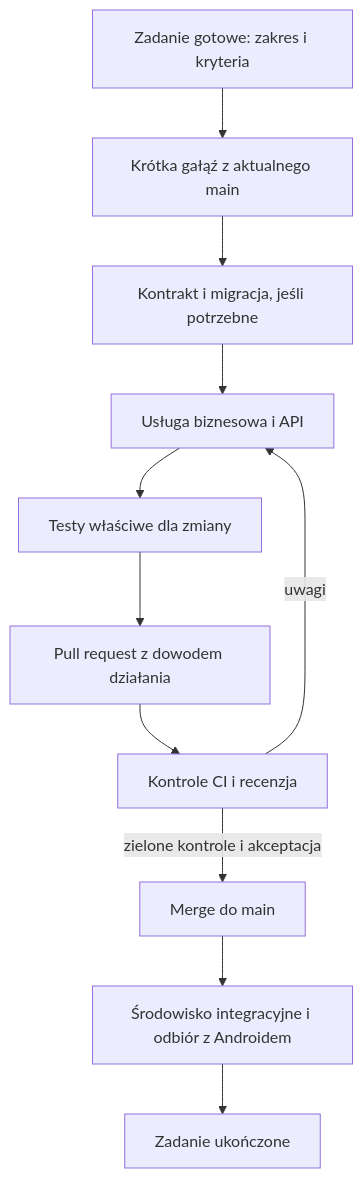
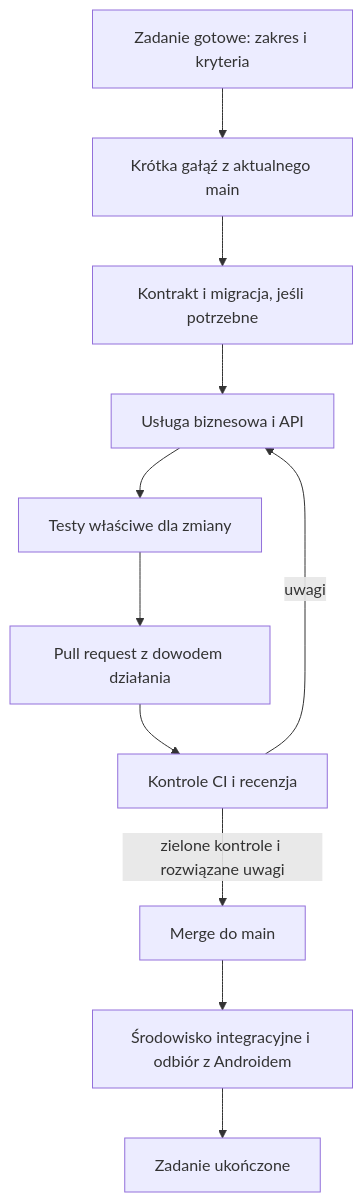
One commit to Roseru/aplikacja-mobilna changed the diagram in docs/WORKFLOW.md. Above: the diagram before and after it, drawn with Mermaid. The commit also changed other lines of this file and 2 other files, not shown here.

Commit message:
agent 3: ustaw opcjonalne review zgodnie z decyzją właściciela

````diff
--- a/docs/WORKFLOW.md
+++ b/docs/WORKFLOW.md
@@ -7,13 +7,13 @@
 ```mermaid
 flowchart TD
     Ready[Zadanie gotowe: zakres i kryteria] --> Branch[Krótka gałąź z aktualnego main]
     Branch --> Contract[Kontrakt i migracja, jeśli potrzebne]
     Contract --> Code[Usługa biznesowa i API]
     Code --> Tests[Testy właściwe dla zmiany]
     Tests --> PR[Pull request z dowodem działania]
     PR --> CI[Kontrole CI i recenzja]
     CI -->|uwagi| Code
-    CI -->|zielone kontrole i akceptacja| Merge[Merge do main]
+    CI -->|zielone kontrole i rozwiązane uwagi| Merge[Merge do main]
     Merge --> Integration[Środowisko integracyjne i odbiór z Androidem]
     Integration --> Done[Zadanie ukończone]
 ```
````
